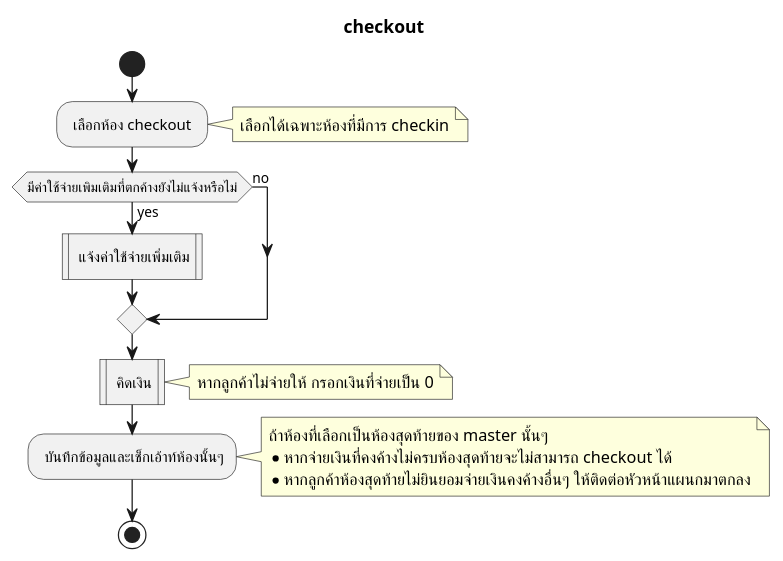
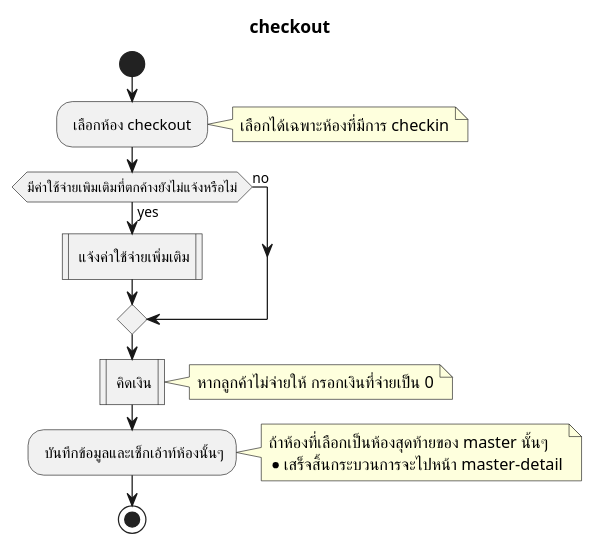
One commit to cheat13/Prompiman_Diagram changed the diagram in activity-diagram/Check-out/checkout.md. Above: the diagram before and after it, drawn with PlantUML.

Commit message:
re diagram checkout

```diff
--- a/activity-diagram/Check-out/checkout.md
+++ b/activity-diagram/Check-out/checkout.md
@@ -1,27 +1,26 @@
 @startuml
 title checkout
 start
     : เลือกห้อง checkout ;
     note right   
     เลือกได้เฉพาะห้องที่มีการ checkin
     end note  
   if(มีค่าใช้จ่ายเพิมเติมที่ตกค้างยังไม่แจ้งหรือไม่) then (yes)
     : แจ้งค่าใช้จ่ายเพิ่มเติม|
   else(no)
     endif
     : คิดเงิน| 
     note right
      หากลูกค้าไม่จ่ายให้ กรอกเงินที่จ่ายเป็น 0
     end note  
     : บันทึกข้อมูลและเช็กเอ้าท์ห้องนั้นๆ;
     note right
       ถ้าห้องที่เลือกเป็นห้องสุดท้ายของ master นั้นๆ
-      *หากจ่ายเงินที่คงค้างไม่ครบห้องสุดท้ายจะไม่สามารถ checkout ได้
-      *หากลูกค้าห้องสุดท้ายไม่ยินยอมจ่ายเงินคงค้างอื่นๆ ให้ติดต่อหัวหน้าแผนกมาตกลง
+      *เสร็จสิ้นกระบวนการจะไปหน้า master-detail
     end note  
 
  
 stop;
 
 
 @enduml
```
